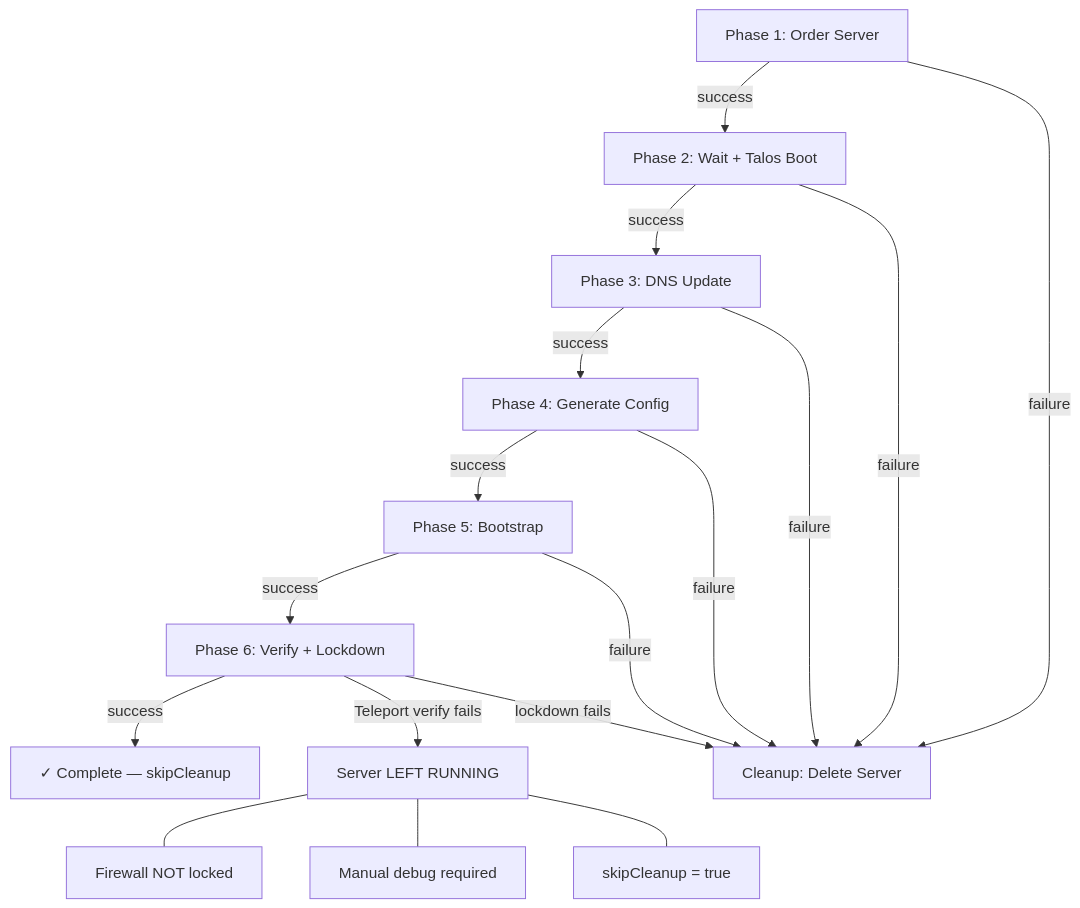
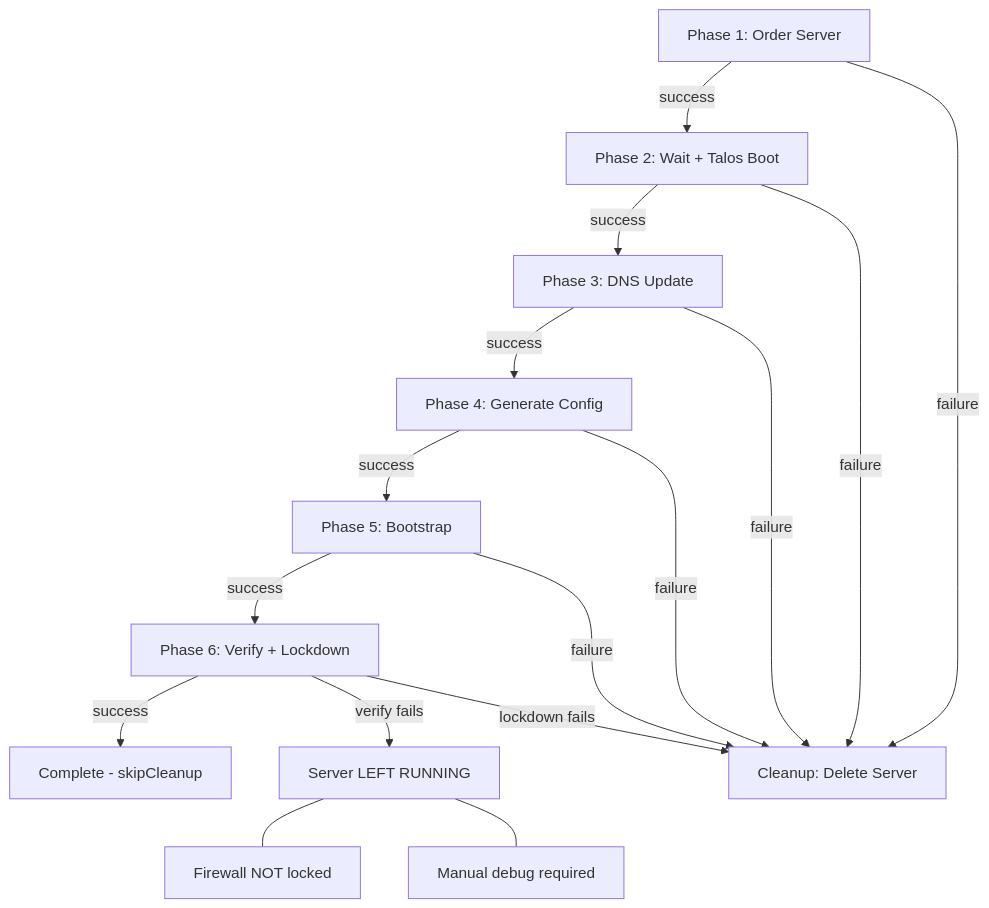
Before and after one commit to rawkode-academy/rawkode-academy: the third of 3 diagrams in projects/rawkode.cloud/README.md, drawn with Mermaid. The commit also changed other lines of this file, not shown here.

First line of the commit message:
fix(rawkode.cloud): fix mermaid diagram syntax for GitHub rendering

````diff
--- a/projects/rawkode.cloud/README.md
+++ b/projects/rawkode.cloud/README.md
@@ -270,22 +242,21 @@
 ```mermaid
 flowchart TD
-    P1[Phase 1: Order Server] -->|success| P2[Phase 2: Wait + Talos Boot]
-    P2 -->|success| P3[Phase 3: DNS Update]
-    P3 -->|success| P4[Phase 4: Generate Config]
-    P4 -->|success| P5[Phase 5: Bootstrap]
-    P5 -->|success| P6[Phase 6: Verify + Lockdown]
-    P6 -->|success| Done[✓ Complete — skipCleanup]
+    P1["Phase 1: Order Server"] -->|success| P2["Phase 2: Wait + Talos Boot"]
+    P2 -->|success| P3["Phase 3: DNS Update"]
+    P3 -->|success| P4["Phase 4: Generate Config"]
+    P4 -->|success| P5["Phase 5: Bootstrap"]
+    P5 -->|success| P6["Phase 6: Verify + Lockdown"]
+    P6 -->|success| Done["Complete - skipCleanup"]
 
-    P1 -->|failure| C[Cleanup: Delete Server]
+    P1 -->|failure| C["Cleanup: Delete Server"]
     P2 -->|failure| C
     P3 -->|failure| C
     P4 -->|failure| C
     P5 -->|failure| C
 
-    P6 -->|Teleport verify fails| NoClean[Server LEFT RUNNING]
-    NoClean --- Note1[Firewall NOT locked]
-    NoClean --- Note2[Manual debug required]
-    NoClean --- Note3[skipCleanup = true]
+    P6 -->|verify fails| NoClean["Server LEFT RUNNING"]
+    NoClean --- Note1["Firewall NOT locked"]
+    NoClean --- Note2["Manual debug required"]
 
     P6 -->|lockdown fails| C
 ```
````
